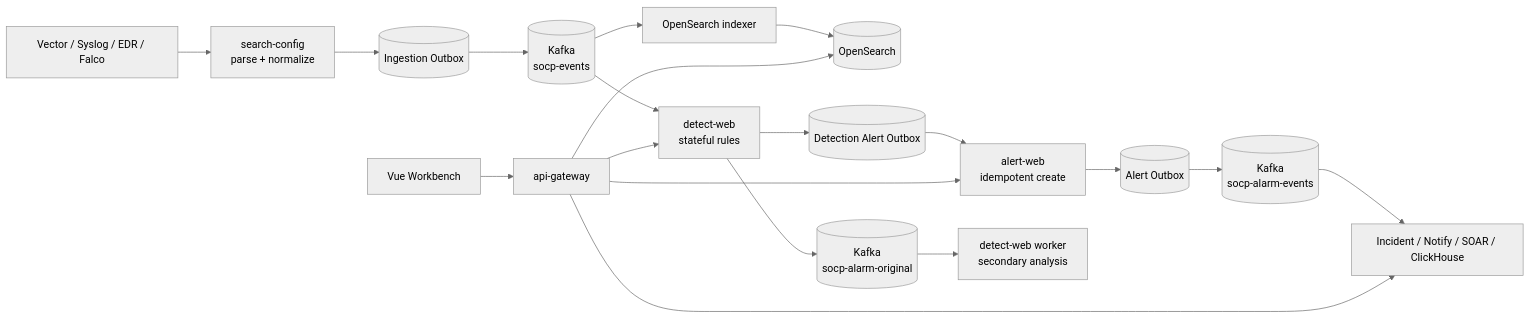
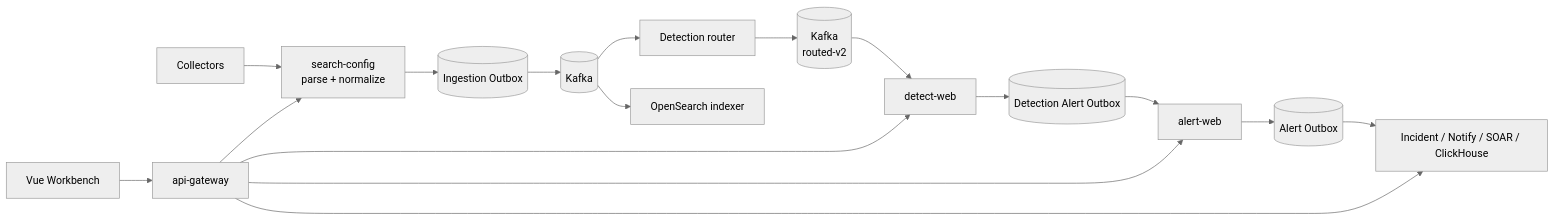
One commit to VincentXR/socp-siem changed the diagram in README.md. Above: the diagram before and after it, drawn with Mermaid (neutral theme). The commit also changed other lines of this file and 135 other files, not shown here.

````diff
--- a/README.md
+++ b/README.md
@@ -14,21 +14,19 @@
 ```mermaid
 flowchart LR
-  S[Vector / Syslog / EDR / Falco] --> P[search-config<br/>parse + normalize]
+  S[Collectors] --> P[search-config<br/>parse + normalize]
   P --> IO[(Ingestion Outbox)]
-  IO --> K[(Kafka<br/>socp-events)]
-  K --> D[detect-web<br/>stateful rules]
+  IO --> K[(Kafka)]
+  K --> R[Detection router]
+  R --> RK[(Kafka<br/>routed-v2)]
+  RK --> D[detect-web]
   K --> IX[OpenSearch indexer]
-  IX --> OS[(OpenSearch)]
   D --> DO[(Detection Alert Outbox)]
-  DO --> A[alert-web<br/>idempotent create]
+  DO --> A[alert-web]
   A --> AO[(Alert Outbox)]
-  AO --> AK[(Kafka<br/>socp-alarm-events)]
-  AK --> F[Incident / Notify / SOAR / ClickHouse]
-  D --> DM[(Kafka<br/>socp-alarm-original)]
-  DM --> M[detect-web worker<br/>secondary analysis]
+  AO --> F[Incident / Notify / SOAR / ClickHouse]
   UI[Vue Workbench] --> GW[api-gateway]
+  GW --> P
   GW --> D
   GW --> A
-  GW --> OS
   GW --> F
 ```
````
